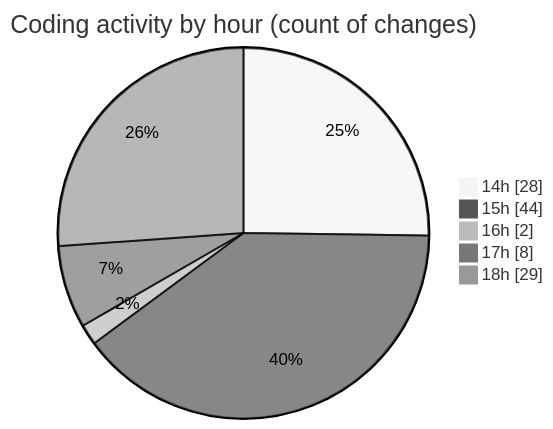
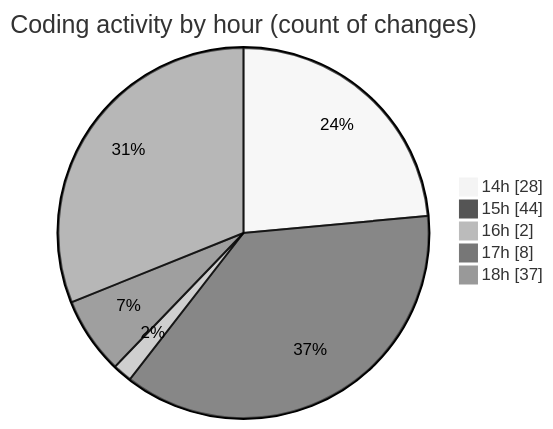
Before and after one commit to Ritupan-Deka/code-tracking: the second of 2 diagrams in 2025-07-01/urlwebwalatask/README.md, drawn with Mermaid (neutral theme). The commit also changed other lines of this file and 1 other file, not shown here.

````diff
--- a/2025-07-01/urlwebwalatask/README.md
+++ b/2025-07-01/urlwebwalatask/README.md
@@ -43,9 +43,9 @@
 ```mermaid
 pie showData
 title Coding activity by hour (count of changes)
 "14h" : 28
 "15h" : 44
 "16h" : 2
 "17h" : 8
-"18h" : 29
+"18h" : 37
 ```
````
